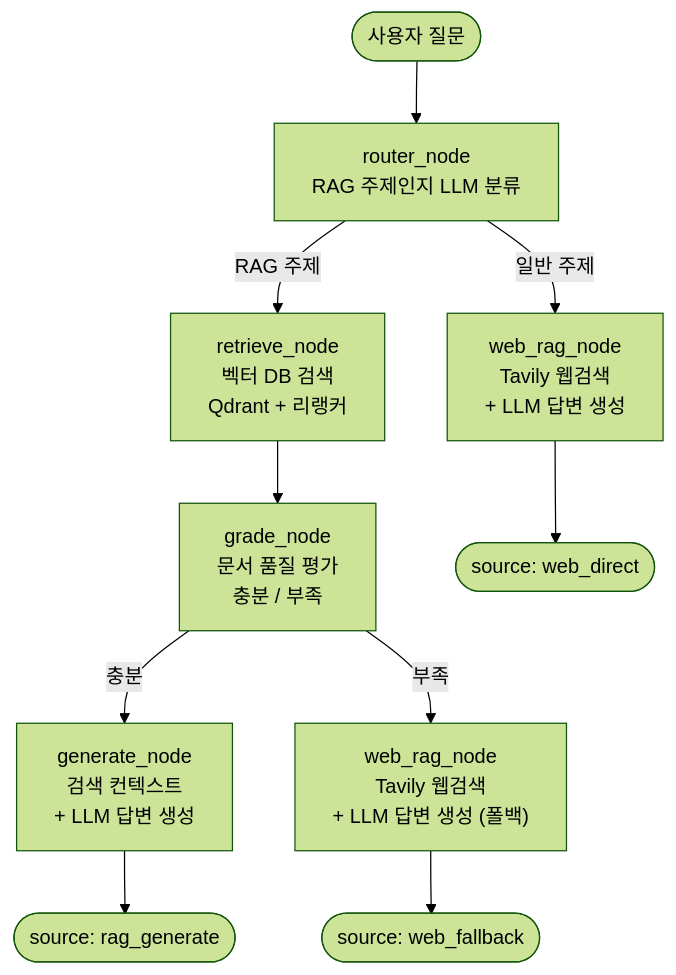
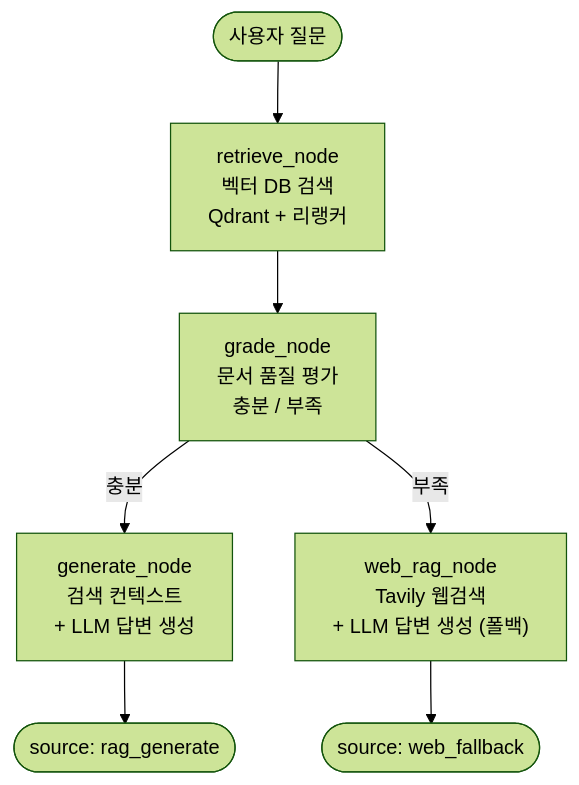
The second of 2 diagrams in README.md (kim-jang-hyun/table_rag), drawn with Mermaid (forest theme) before and after one commit. The commit also changed other lines of this file and 5 other files, not shown here.

````diff
--- a/README.md
+++ b/README.md
@@ -406,16 +401,12 @@
 ```mermaid
 flowchart TD
-    UserQ([사용자 질문]) --> RouterNode["router_node\nRAG 주제인지 LLM 분류"]
-
-    RouterNode -->|"RAG 주제"| RetrieveNode["retrieve_node\n벡터 DB 검색\nQdrant + 리랭커"]
-    RouterNode -->|"일반 주제"| WebDirectNode["web_rag_node\nTavily 웹검색\n+ LLM 답변 생성"]
+    UserQ([사용자 질문]) --> RetrieveNode["retrieve_node\n벡터 DB 검색\nQdrant + 리랭커"]
 
     RetrieveNode --> GradeNode["grade_node\n문서 품질 평가\n충분 / 부족"]
 
     GradeNode -->|"충분"| GenerateNode["generate_node\n검색 컨텍스트\n+ LLM 답변 생성"]
     GradeNode -->|"부족"| WebFallbackNode["web_rag_node\nTavily 웹검색\n+ LLM 답변 생성 (폴백)"]
 
     GenerateNode --> A([source: rag_generate])
-    WebDirectNode --> B([source: web_direct])
-    WebFallbackNode --> C([source: web_fallback])
+    WebFallbackNode --> B([source: web_fallback])
 ```
````
